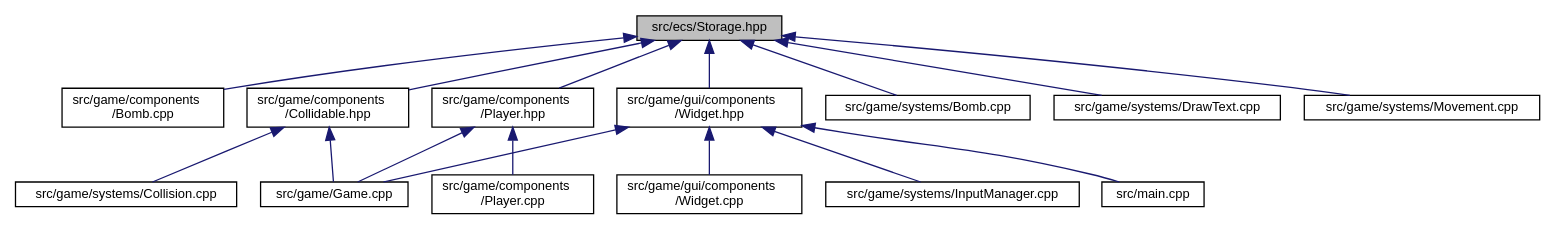
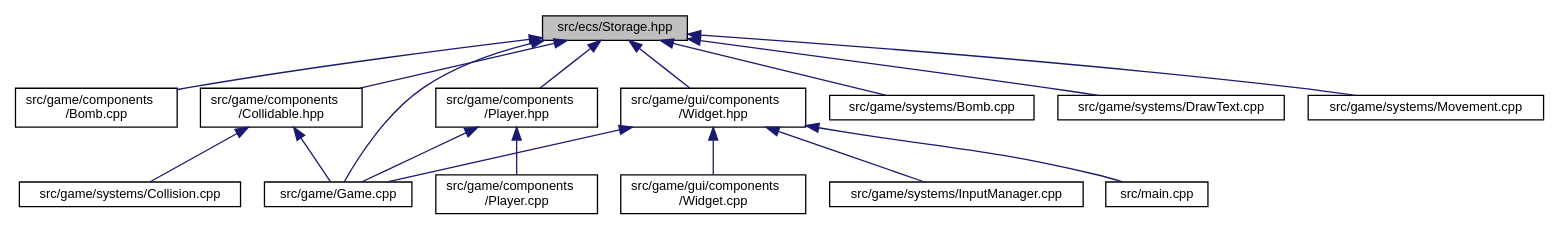
The diagram in _storage_8hpp__dep__incl.dot (MisterPeModder/Bomberman-Global-Offensive), drawn with Graphviz before and after one commit. The commit also changed 15 other files, not shown here.

```diff
--- a/_storage_8hpp__dep__incl.dot
+++ b/_storage_8hpp__dep__incl.dot
@@ -1,35 +1,36 @@
 digraph "src/ecs/Storage.hpp"
 {
  // LATEX_PDF_SIZE
   edge [fontname="Helvetica",fontsize="10",labelfontname="Helvetica",labelfontsize="10"];
   node [fontname="Helvetica",fontsize="10",shape=record];
   Node1 [label="src/ecs/Storage.hpp",height=0.2,width=0.4,color="black", fillcolor="grey75", style="filled", fontcolor="black",tooltip=" "];
   Node1 -> Node2 [dir="back",color="midnightblue",fontsize="10",style="solid",fontname="Helvetica"];
   Node2 [label="src/game/components\l/Bomb.cpp",height=0.2,width=0.4,color="black", fillcolor="white", style="filled",URL="$components_2_bomb_8cpp.html",tooltip=" "];
   Node1 -> Node3 [dir="back",color="midnightblue",fontsize="10",style="solid",fontname="Helvetica"];
   Node3 [label="src/game/components\l/Collidable.hpp",height=0.2,width=0.4,color="black", fillcolor="white", style="filled",URL="$_collidable_8hpp.html",tooltip=" "];
   Node3 -> Node4 [dir="back",color="midnightblue",fontsize="10",style="solid",fontname="Helvetica"];
   Node4 [label="src/game/Game.cpp",height=0.2,width=0.4,color="black", fillcolor="white", style="filled",URL="$_game_8cpp.html",tooltip=" "];
   Node3 -> Node5 [dir="back",color="midnightblue",fontsize="10",style="solid",fontname="Helvetica"];
   Node5 [label="src/game/systems/Collision.cpp",height=0.2,width=0.4,color="black", fillcolor="white", style="filled",URL="$_collision_8cpp.html",tooltip=" "];
   Node1 -> Node6 [dir="back",color="midnightblue",fontsize="10",style="solid",fontname="Helvetica"];
   Node6 [label="src/game/components\l/Player.hpp",height=0.2,width=0.4,color="black", fillcolor="white", style="filled",URL="$_player_8hpp.html",tooltip=" "];
   Node6 -> Node7 [dir="back",color="midnightblue",fontsize="10",style="solid",fontname="Helvetica"];
   Node7 [label="src/game/components\l/Player.cpp",height=0.2,width=0.4,color="black", fillcolor="white", style="filled",URL="$_player_8cpp.html",tooltip=" "];
   Node6 -> Node4 [dir="back",color="midnightblue",fontsize="10",style="solid",fontname="Helvetica"];
+  Node1 -> Node4 [dir="back",color="midnightblue",fontsize="10",style="solid",fontname="Helvetica"];
   Node1 -> Node8 [dir="back",color="midnightblue",fontsize="10",style="solid",fontname="Helvetica"];
   Node8 [label="src/game/gui/components\l/Widget.hpp",height=0.2,width=0.4,color="black", fillcolor="white", style="filled",URL="$_widget_8hpp.html",tooltip=" "];
   Node8 -> Node4 [dir="back",color="midnightblue",fontsize="10",style="solid",fontname="Helvetica"];
   Node8 -> Node9 [dir="back",color="midnightblue",fontsize="10",style="solid",fontname="Helvetica"];
   Node9 [label="src/game/gui/components\l/Widget.cpp",height=0.2,width=0.4,color="black", fillcolor="white", style="filled",URL="$_widget_8cpp.html",tooltip=" "];
   Node8 -> Node10 [dir="back",color="midnightblue",fontsize="10",style="solid",fontname="Helvetica"];
   Node10 [label="src/game/systems/InputManager.cpp",height=0.2,width=0.4,color="black", fillcolor="white", style="filled",URL="$_input_manager_8cpp.html",tooltip=" "];
   Node8 -> Node11 [dir="back",color="midnightblue",fontsize="10",style="solid",fontname="Helvetica"];
   Node11 [label="src/main.cpp",height=0.2,width=0.4,color="black", fillcolor="white", style="filled",URL="$main_8cpp.html",tooltip=" "];
   Node1 -> Node12 [dir="back",color="midnightblue",fontsize="10",style="solid",fontname="Helvetica"];
   Node12 [label="src/game/systems/Bomb.cpp",height=0.2,width=0.4,color="black", fillcolor="white", style="filled",URL="$systems_2_bomb_8cpp.html",tooltip=" "];
   Node1 -> Node13 [dir="back",color="midnightblue",fontsize="10",style="solid",fontname="Helvetica"];
   Node13 [label="src/game/systems/DrawText.cpp",height=0.2,width=0.4,color="black", fillcolor="white", style="filled",URL="$_draw_text_8cpp.html",tooltip=" "];
   Node1 -> Node14 [dir="back",color="midnightblue",fontsize="10",style="solid",fontname="Helvetica"];
   Node14 [label="src/game/systems/Movement.cpp",height=0.2,width=0.4,color="black", fillcolor="white", style="filled",URL="$_movement_8cpp.html",tooltip=" "];
 }
```
